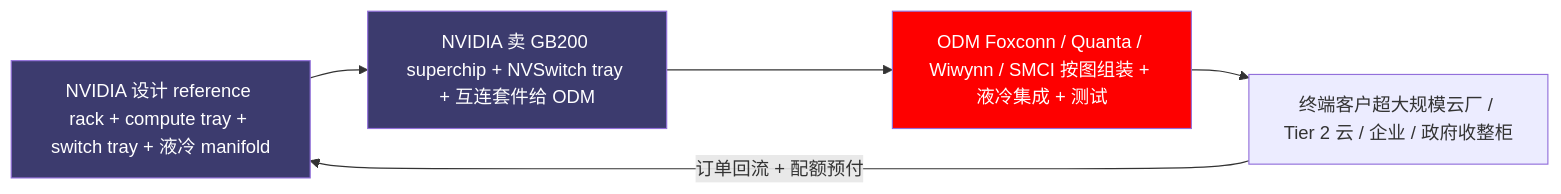
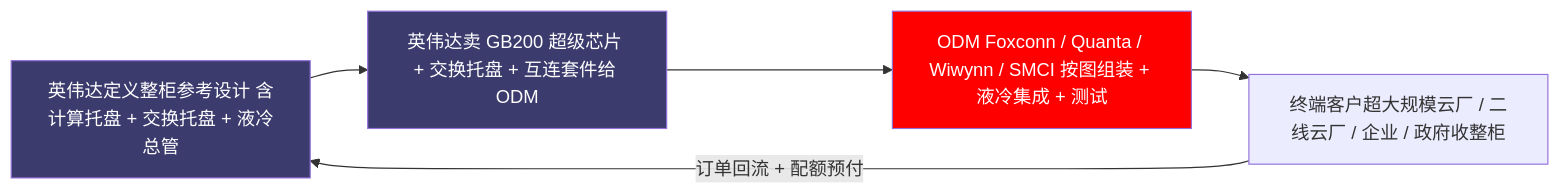
The fifth of 7 diagrams in book/09-server-rack/README.md (diguike/book-compute-economics), drawn with Mermaid before and after one commit. The commit also changed other lines of this file and 1 other file, not shown here.

Commit message:
book/07-09: 硬件英文术语中文化 — reference rack→整柜参考设计、compute/switch tray→计算/交换托盘、manifold→液冷总管、cold plate→冷板、sled→电源托架、baseboard→底板、NVLink domain→互连域、superchip→超级芯片、Tier 2→二线云厂（首现保留英文括注，产品专名不译）；修复 SMCI/超微电脑重复、台积电叠字、telecom 2.0 笔误；飞书两章已同步并回填 last_synced

````diff
--- a/book/09-server-rack/README.md
+++ b/book/09-server-rack/README.md
@@ -228,11 +228,11 @@
 ```mermaid
 graph LR
-    A[NVIDIA 设计 reference rack + compute tray + switch tray + 液冷 manifold] --> B[NVIDIA 卖 GB200 superchip + NVSwitch tray + 互连套件给 ODM]
+    A[英伟达定义整柜参考设计 含计算托盘 + 交换托盘 + 液冷总管] --> B[英伟达卖 GB200 超级芯片 + 交换托盘 + 互连套件给 ODM]
     B --> C[ODM Foxconn / Quanta / Wiwynn / SMCI 按图组装 + 液冷集成 + 测试]
-    C --> D[终端客户超大规模云厂 / Tier 2 云 / 企业 / 政府收整柜]
+    C --> D[终端客户超大规模云厂 / 二线云厂 / 企业 / 政府收整柜]
     D -->|订单回流 + 配额预付| A
     classDef nv fill:#3C3B6E,color:#fff
     classDef tw fill:#FE0000,color:#fff
     class A,B nv
     class C tw
 ```
````
